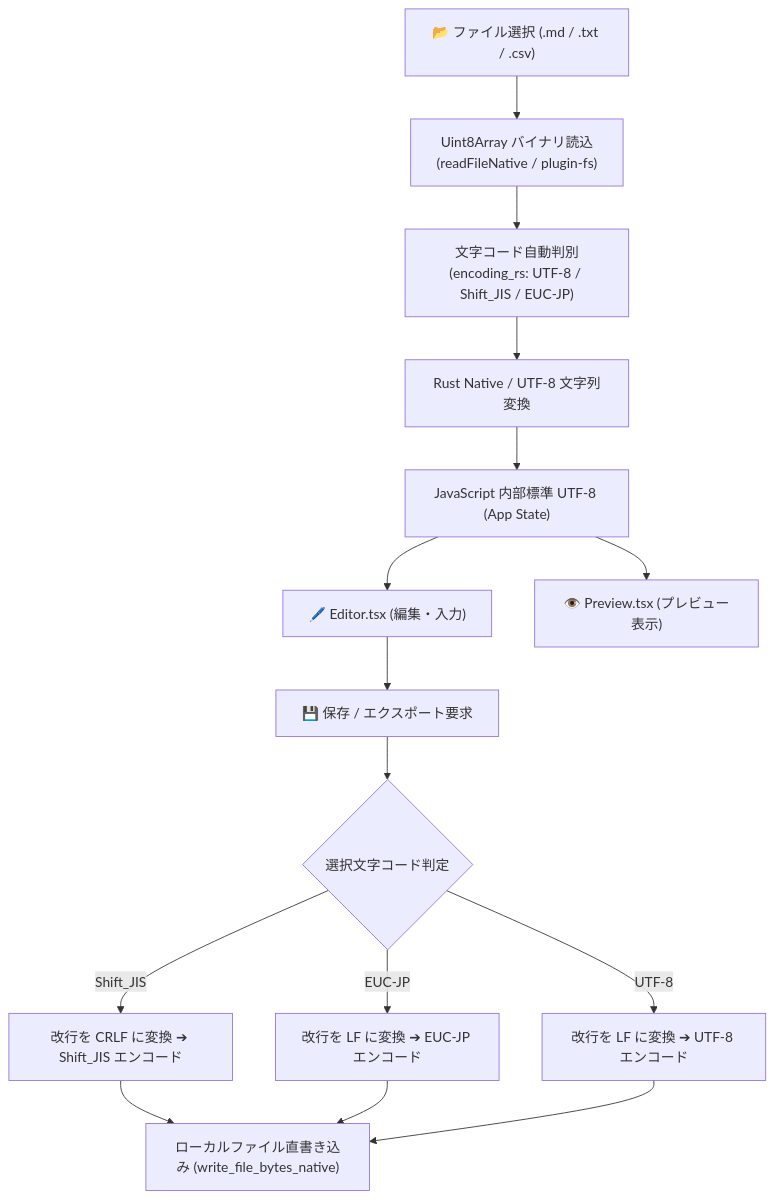
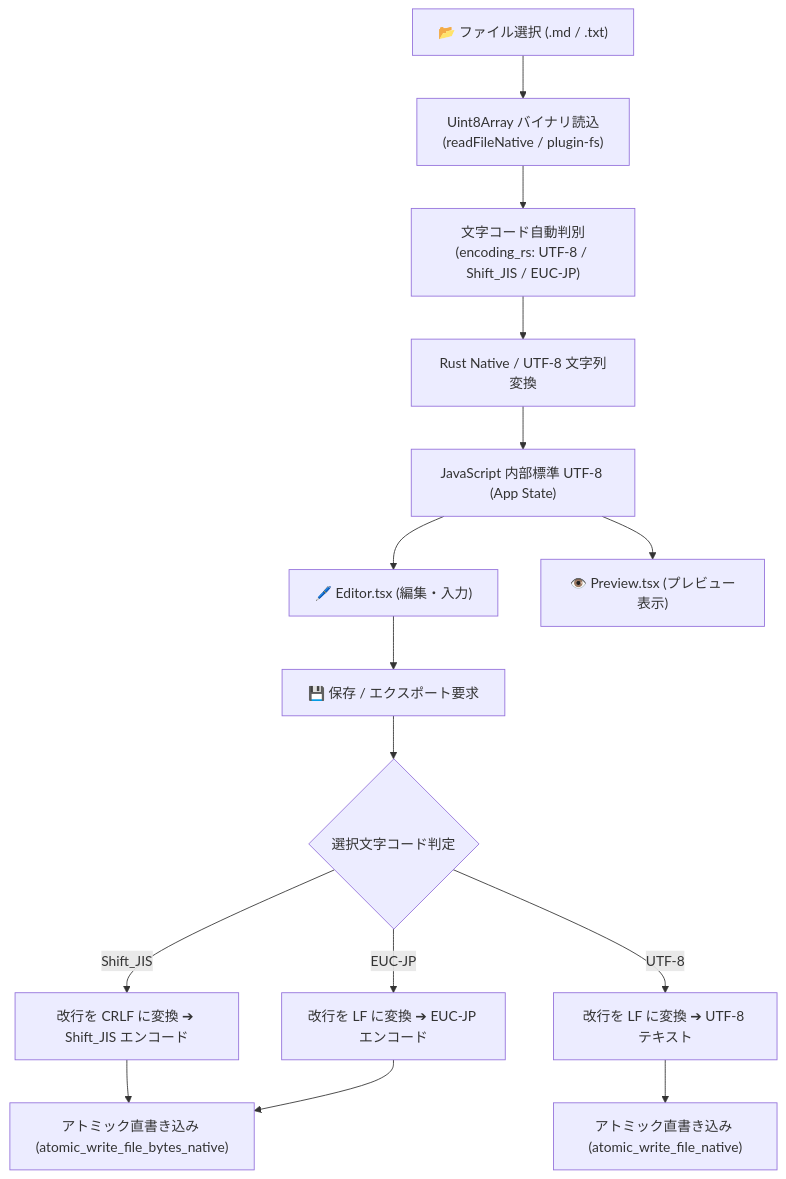
One commit to tkshnkgwr/QuMaEditor changed the second of 4 diagrams in docs/ja/ARCHITECTURE.md. Above: the diagram before and after it, drawn with Mermaid. The commit also changed 32 other files, not shown here.

````diff
--- a/docs/ja/ARCHITECTURE.md
+++ b/docs/ja/ARCHITECTURE.md
@@ -49,21 +49,21 @@
 ```mermaid
 flowchart TD
-    FileSel["📂 ファイル選択 (.md / .txt / .csv)"] --> ReadData["Uint8Array バイナリ読込<br/>(readFileNative / plugin-fs)"]
+    FileSel["📂 ファイル選択 (.md / .txt)"] --> ReadData["Uint8Array バイナリ読込<br/>(readFileNative / plugin-fs)"]
     ReadData --> DetectEnc["文字コード自動判別<br/>(encoding_rs: UTF-8 / Shift_JIS / EUC-JP)"]
     DetectEnc --> ToUtf8["Rust Native / UTF-8 文字列変換"]
     ToUtf8 --> AppState["JavaScript 内部標準 UTF-8 (App State)"]
 
     AppState --> Editor["🖊️ Editor.tsx (編集・入力)"]
     AppState --> Preview["👁️ Preview.tsx (プレビュー表示)"]
 
     Editor --> ExportReq["💾 保存 / エクスポート要求"]
     ExportReq --> EncSel{"選択文字コード判定"}
 
     EncSel -->|"Shift_JIS"| EncSJIS["改行を CRLF に変換 ➔ Shift_JIS エンコード"]
     EncSel -->|"EUC-JP"| EncEUC["改行を LF に変換 ➔ EUC-JP エンコード"]
-    EncSel -->|"UTF-8"| EncUTF8["改行を LF に変換 ➔ UTF-8 エンコード"]
+    EncSel -->|"UTF-8"| EncUTF8["改行を LF に変換 ➔ UTF-8 テキスト"]
 
-    EncSJIS --> SaveDirect["ローカルファイル直書き込み (write_file_bytes_native)"]
+    EncSJIS --> SaveDirect["アトミック直書き込み (atomic_write_file_bytes_native)"]
     EncEUC --> SaveDirect
-    EncUTF8 --> SaveDirect
+    EncUTF8 --> SaveUtf8["アトミック直書き込み (atomic_write_file_native)"]
 ```
````
